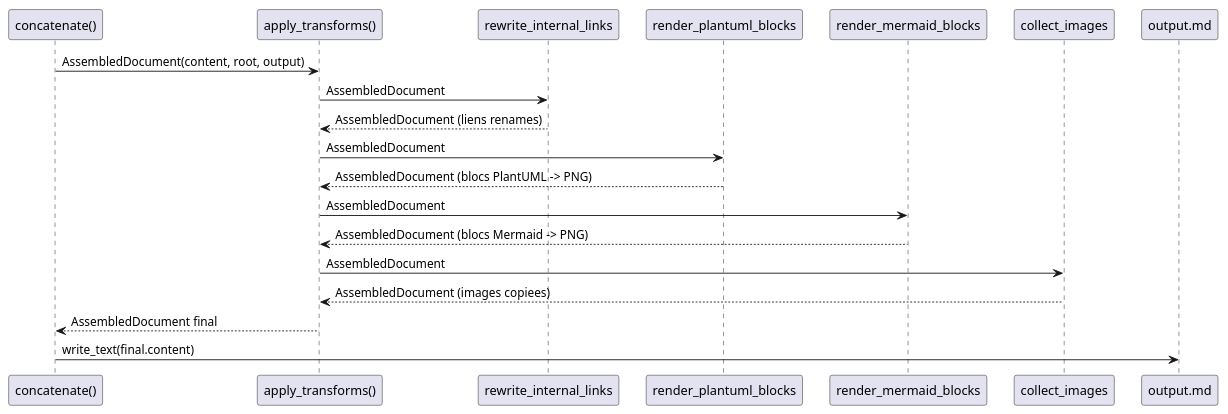
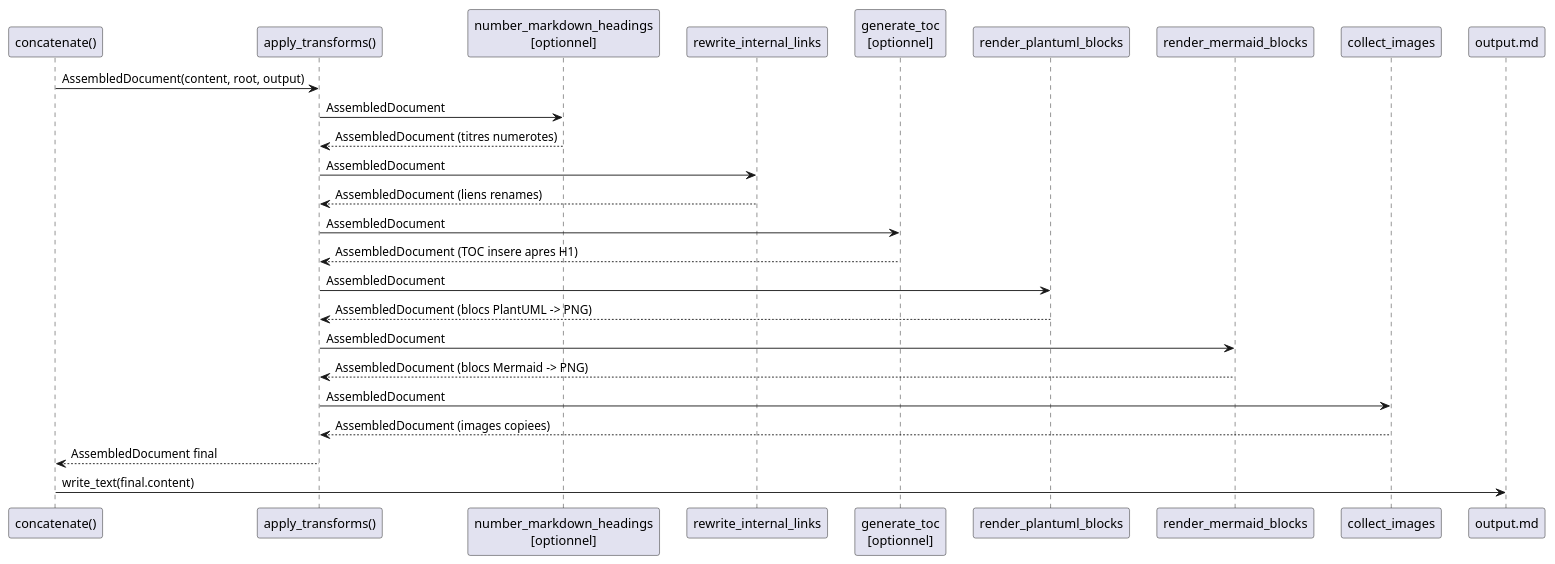
Before and after one commit to antoinebarre/scribpy: the second of 6 diagrams in doc/architecture-core.md, drawn with PlantUML. The commit also changed other lines of this file and 10 other files, not shown here.

````diff
--- a/doc/architecture-core.md
+++ b/doc/architecture-core.md
@@ -177,25 +194,31 @@
 ```plantuml
 @startuml
 skinparam participantPadding 10
 
 participant "concatenate()" as concat
 participant "apply_transforms()" as pipeline
+participant "number_markdown_headings\n[optionnel]" as numbering
 participant "rewrite_internal_links" as links
+participant "generate_toc\n[optionnel]" as toc
 participant "render_plantuml_blocks" as puml
 participant "render_mermaid_blocks" as mmid
 participant "collect_images" as images
 participant "output.md" as file
 
 concat -> pipeline : AssembledDocument(content, root, output)
+pipeline -> numbering : AssembledDocument
+numbering --> pipeline : AssembledDocument (titres numerotes)
 pipeline -> links : AssembledDocument
 links --> pipeline : AssembledDocument (liens renames)
+pipeline -> toc : AssembledDocument
+toc --> pipeline : AssembledDocument (TOC insere apres H1)
 pipeline -> puml : AssembledDocument
 puml --> pipeline : AssembledDocument (blocs PlantUML -> PNG)
 pipeline -> mmid : AssembledDocument
 mmid --> pipeline : AssembledDocument (blocs Mermaid -> PNG)
 pipeline -> images : AssembledDocument
 images --> pipeline : AssembledDocument (images copiees)
 pipeline --> concat : AssembledDocument final
 concat -> file : write_text(final.content)
 @enduml
 ```
````
